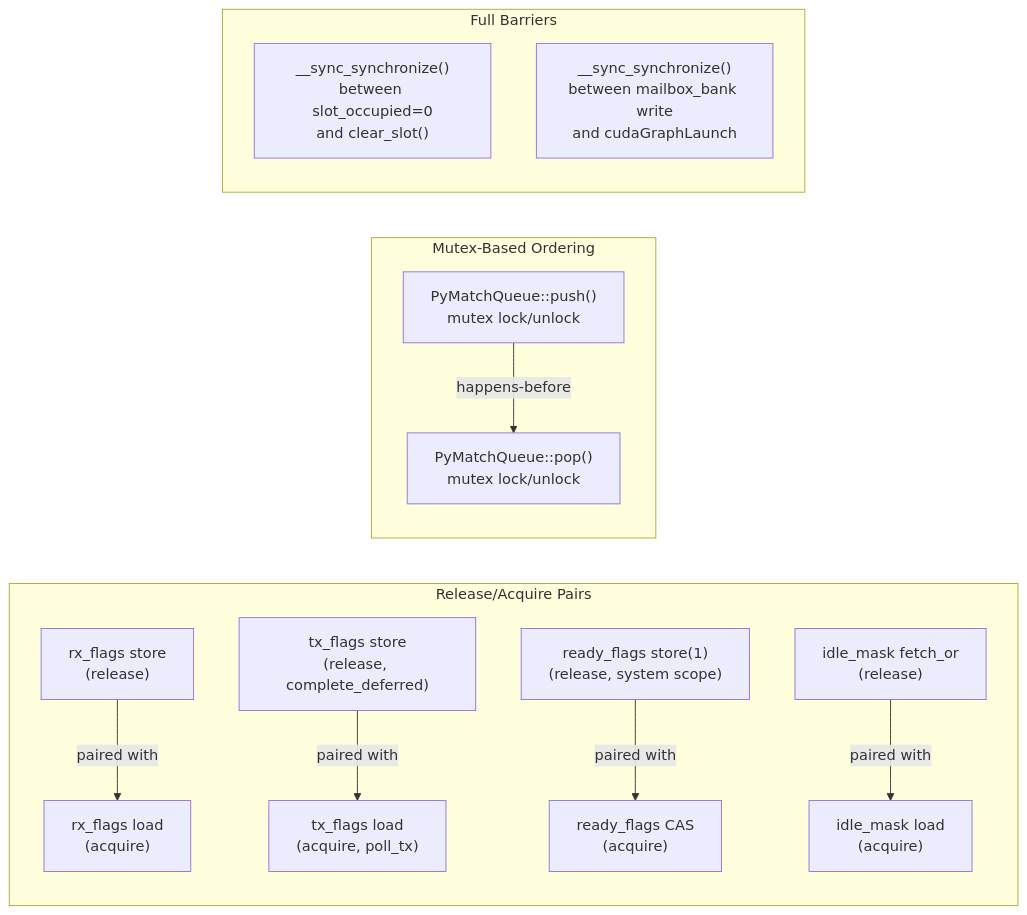
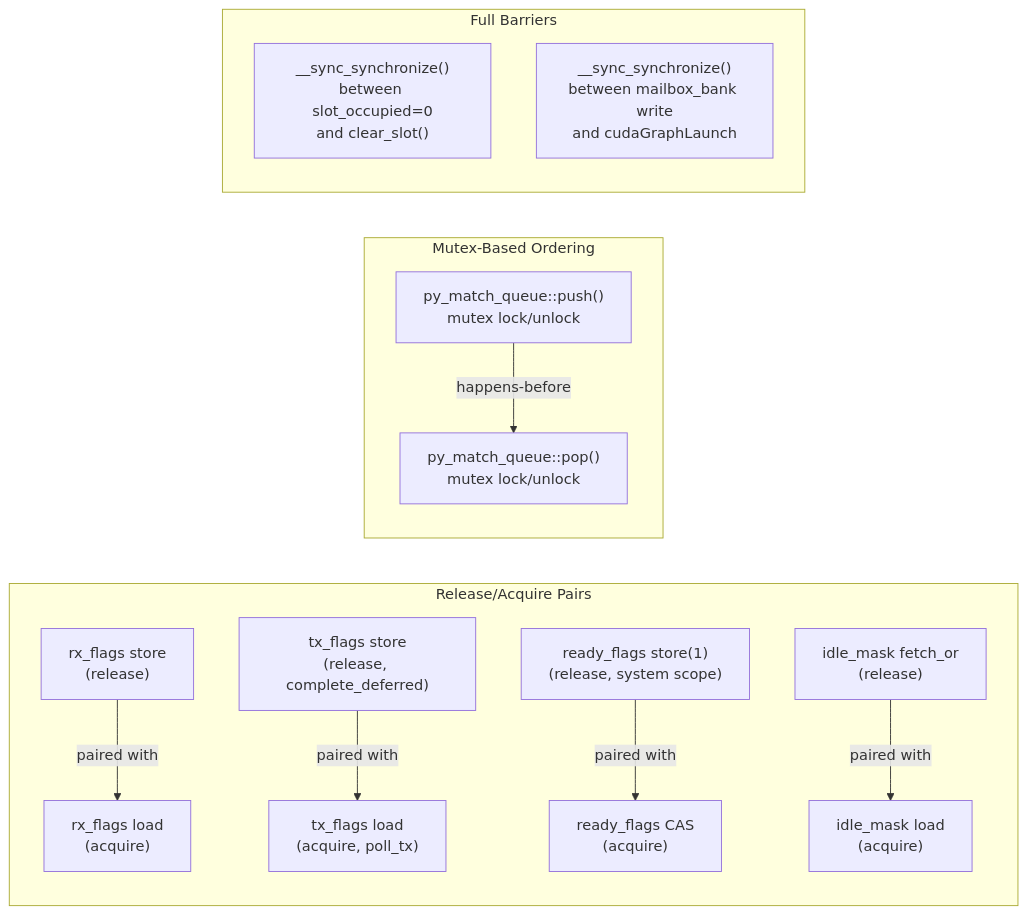
One commit to wsttiger/cudaqx changed the seventh of 8 diagrams in libs/qec/lib/realtime/realtime_pipeline_architecture.md. Above: the diagram before and after it, drawn with Mermaid. The commit also changed other lines of this file and 1 other file, not shown here.

Commit message:
Updated docs to match the snake case and namespaces

````diff
--- a/libs/qec/lib/realtime/realtime_pipeline_architecture.md
+++ b/libs/qec/lib/realtime/realtime_pipeline_architecture.md
@@ -405,18 +405,18 @@
 ```mermaid
 flowchart LR
     subgraph "Release/Acquire Pairs"
         A["rx_flags store<br>(release)"] -->|"paired with"| B["rx_flags load<br>(acquire)"]
         C["tx_flags store<br>(release, complete_deferred)"] -->|"paired with"| D["tx_flags load<br>(acquire, poll_tx)"]
         E["ready_flags store(1)<br>(release, system scope)"] -->|"paired with"| F["ready_flags CAS<br>(acquire)"]
         G["idle_mask fetch_or<br>(release)"] -->|"paired with"| H["idle_mask load<br>(acquire)"]
     end
 
     subgraph "Mutex-Based Ordering"
-        I["PyMatchQueue::push()<br>mutex lock/unlock"] -->|"happens-before"| J["PyMatchQueue::pop()<br>mutex lock/unlock"]
+        I["py_match_queue::push()<br>mutex lock/unlock"] -->|"happens-before"| J["py_match_queue::pop()<br>mutex lock/unlock"]
     end
 
     subgraph "Full Barriers"
         K["__sync_synchronize()<br>between slot_occupied=0<br>and clear_slot()"]
         L["__sync_synchronize()<br>between mailbox_bank write<br>and cudaGraphLaunch"]
     end
 ```
````
